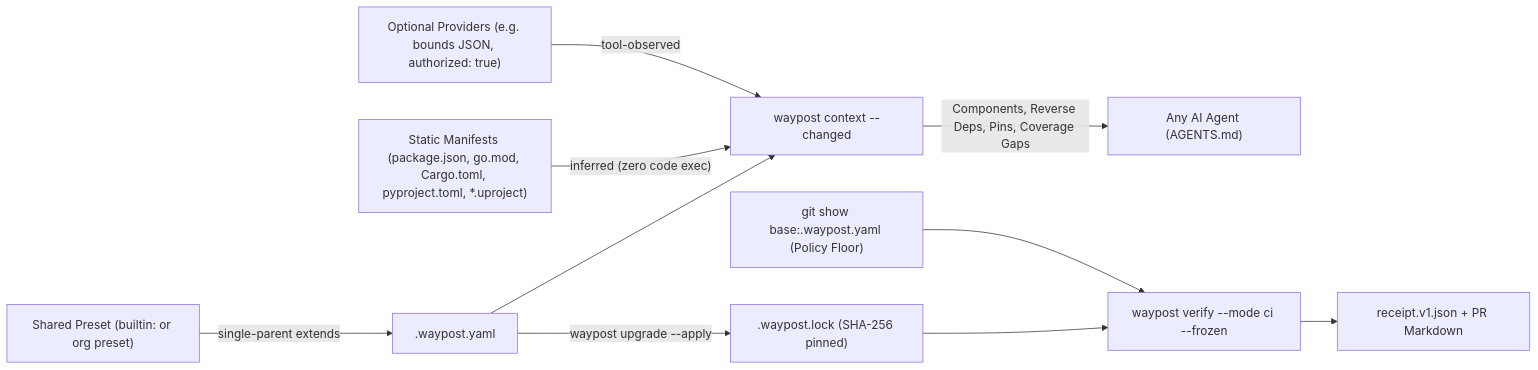
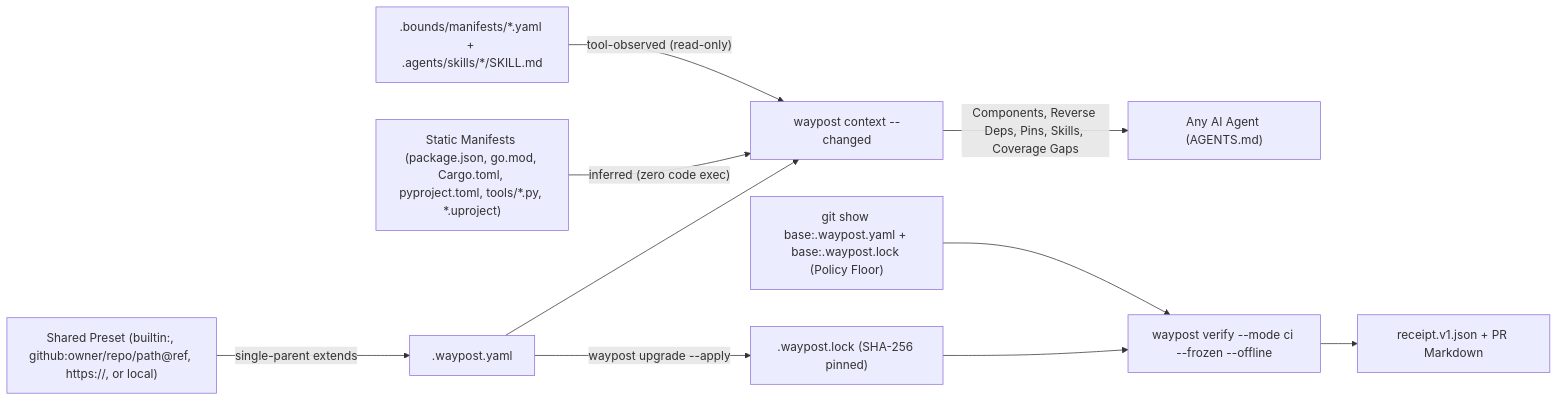
The diagram in README.md (Farzin312/waypost), drawn with Mermaid before and after one commit. The commit also changed other lines of this file and 20 other files, not shown here.

First line of the commit message:
feat: remote SHA-256 presets, native .bounds/skills discovery, and security hardening

````diff
--- a/README.md
+++ b/README.md
@@ -24,12 +24,12 @@
 ```mermaid
 flowchart LR
-    Preset["Shared Preset (builtin: or org preset)"] -->|"single-parent extends"| Config[".waypost.yaml"]
+    Preset["Shared Preset (builtin:, github:owner/repo/path@ref, https://, or local)"] -->|"single-parent extends"| Config[".waypost.yaml"]
     Config -->|"waypost upgrade --apply"| Lock[".waypost.lock (SHA-256 pinned)"]
     Config --> Context["waypost context --changed"]
-    Manifests["Static Manifests (package.json, go.mod, Cargo.toml, pyproject.toml, *.uproject)"] -->|"inferred (zero code exec)"| Context
-    Providers["Optional Providers (e.g. bounds JSON, authorized: true)"] -->|"tool-observed"| Context
-    Context -->|"Components, Reverse Deps, Pins, Coverage Gaps"| Agent["Any AI Agent (AGENTS.md)"]
-    Lock --> Verify["waypost verify --mode ci --frozen"]
-    Base["git show base:.waypost.yaml (Policy Floor)"] --> Verify
+    Manifests["Static Manifests (package.json, go.mod, Cargo.toml, pyproject.toml, tools/*.py, *.uproject)"] -->|"inferred (zero code exec)"| Context
+    Bounds[".bounds/manifests/*.yaml + .agents/skills/*/SKILL.md"] -->|"tool-observed (read-only)"| Context
+    Context -->|"Components, Reverse Deps, Pins, Skills, Coverage Gaps"| Agent["Any AI Agent (AGENTS.md)"]
+    Lock --> Verify["waypost verify --mode ci --frozen --offline"]
+    Base["git show base:.waypost.yaml + base:.waypost.lock (Policy Floor)"] --> Verify
     Verify --> Receipt["receipt.v1.json + PR Markdown"]
 ```
````
